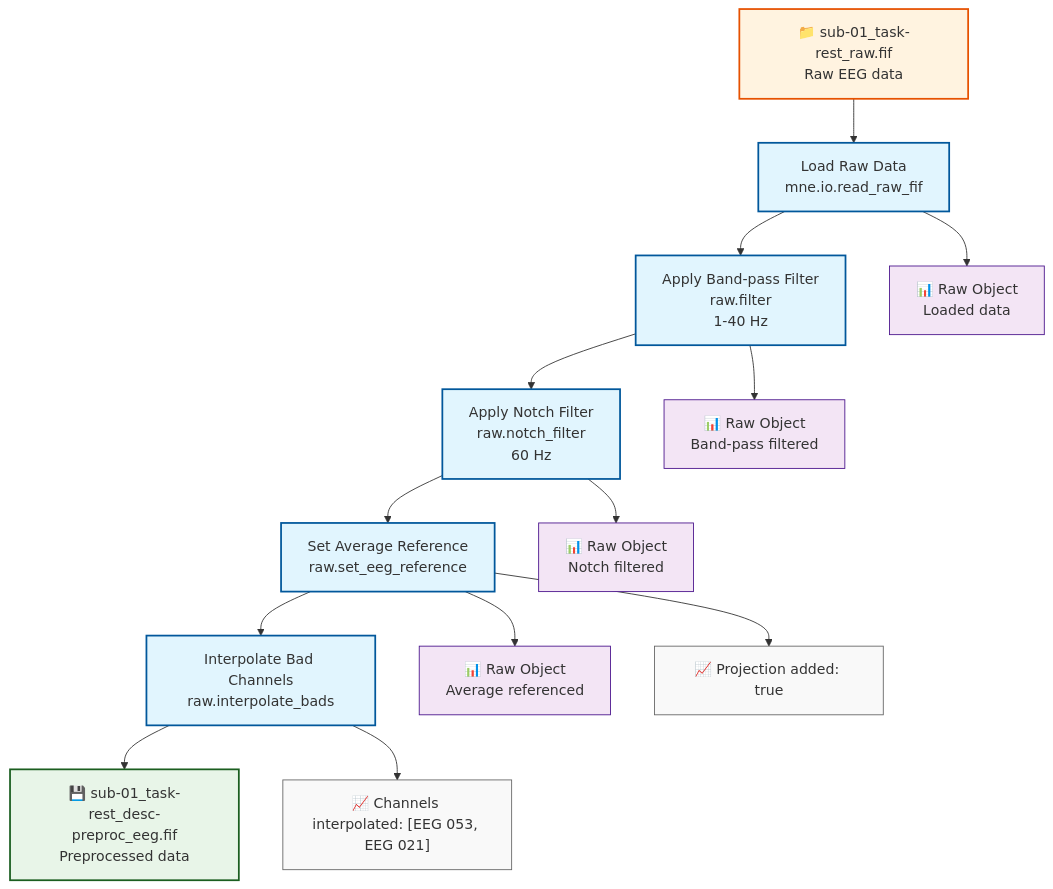
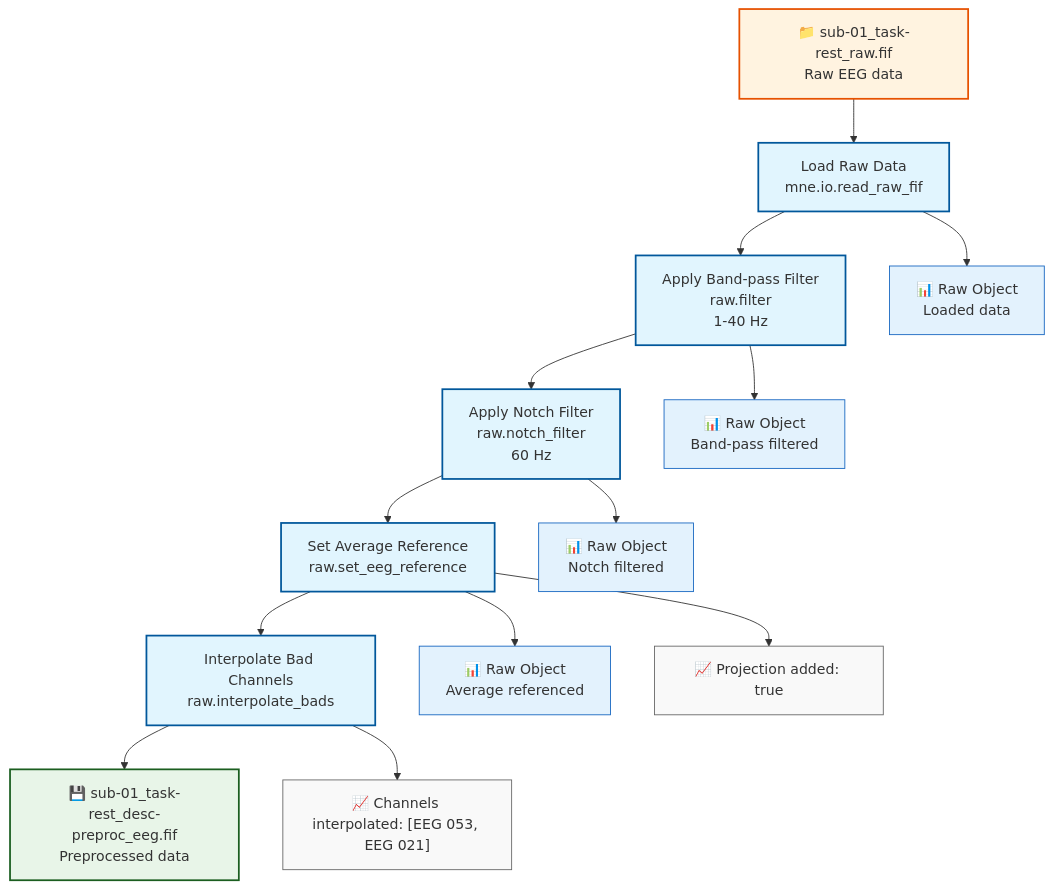
One commit to signalJourney/signalJourney changed the diagram in docs/examples/basic_preprocessing_mne.md. Above: the diagram before and after it, drawn with Mermaid. The commit also changed 9 other files, not shown here.

First line of the commit message:
docs: fix inline vs inmemory data distinction in mermaid diagrams

````diff
--- a/docs/examples/basic_preprocessing_mne.md
+++ b/docs/examples/basic_preprocessing_mne.md
@@ -17,36 +17,36 @@
 ```mermaid
 flowchart TD
     A[Load Raw Data<br/>mne.io.read_raw_fif] --> B[Apply Band-pass Filter<br/>raw.filter<br/>1-40 Hz]
     B --> C[Apply Notch Filter<br/>raw.notch_filter<br/>60 Hz]
     C --> D[Set Average Reference<br/>raw.set_eeg_reference]
     D --> E[Interpolate Bad Channels<br/>raw.interpolate_bads]
     
     %% Input from sourcedata
     F["📁 sub-01_task-rest_raw.fif<br/>Raw EEG data"] --> A
     
     %% Intermediate in-memory objects
     A --> A1["📊 Raw Object<br/>Loaded data"]
     B --> B1["📊 Raw Object<br/>Band-pass filtered"]
     C --> C1["📊 Raw Object<br/>Notch filtered"]
     D --> D1["📊 Raw Object<br/>Average referenced"]
     
     %% Final output
     E --> G["💾 sub-01_task-rest_desc-preproc_eeg.fif<br/>Preprocessed data"]
     
     %% Quality metrics
     D --> Q1["📈 Projection added: true"]
     E --> Q2["📈 Channels interpolated: [EEG 053, EEG 021]"]
 
     %% Styling
     classDef processStep fill:#e1f5fe,stroke:#01579b,stroke-width:2px
     classDef inputFile fill:#fff3e0,stroke:#e65100,stroke-width:2px
     classDef outputFile fill:#e8f5e8,stroke:#1b5e20,stroke-width:2px
-    classDef inlineData fill:#f3e5f5,stroke:#4a148c,stroke-width:1px
+    classDef inMemoryData fill:#e3f2fd,stroke:#1565c0,stroke-width:1px
     classDef qualityMetric fill:#f9f9f9,stroke:#666,stroke-width:1px
 
     class A,B,C,D,E processStep
     class F inputFile
     class G outputFile
-    class A1,B1,C1,D1 inlineData
+    class A1,B1,C1,D1 inMemoryData
     class Q1,Q2 qualityMetric
 ```
````
